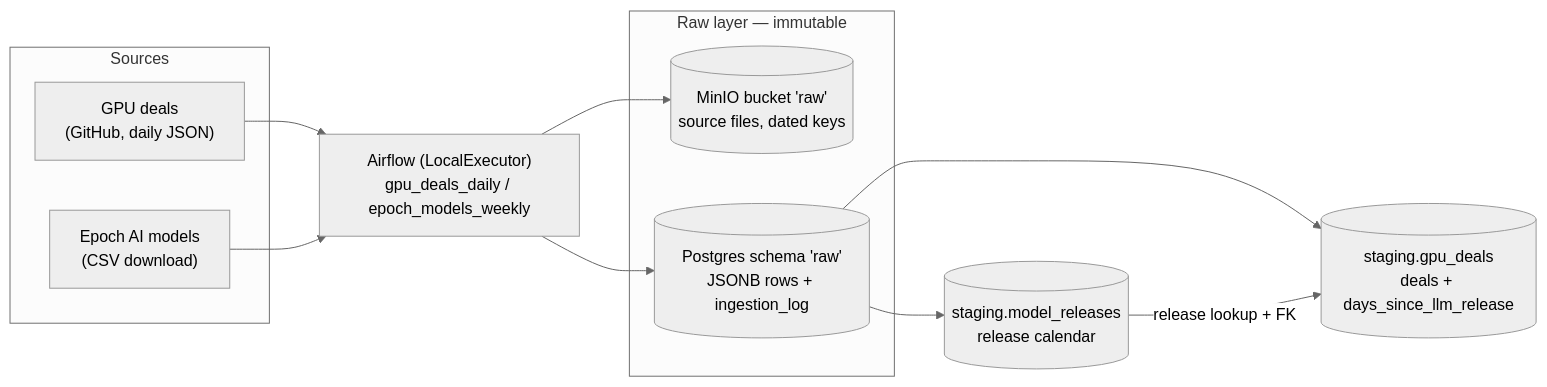
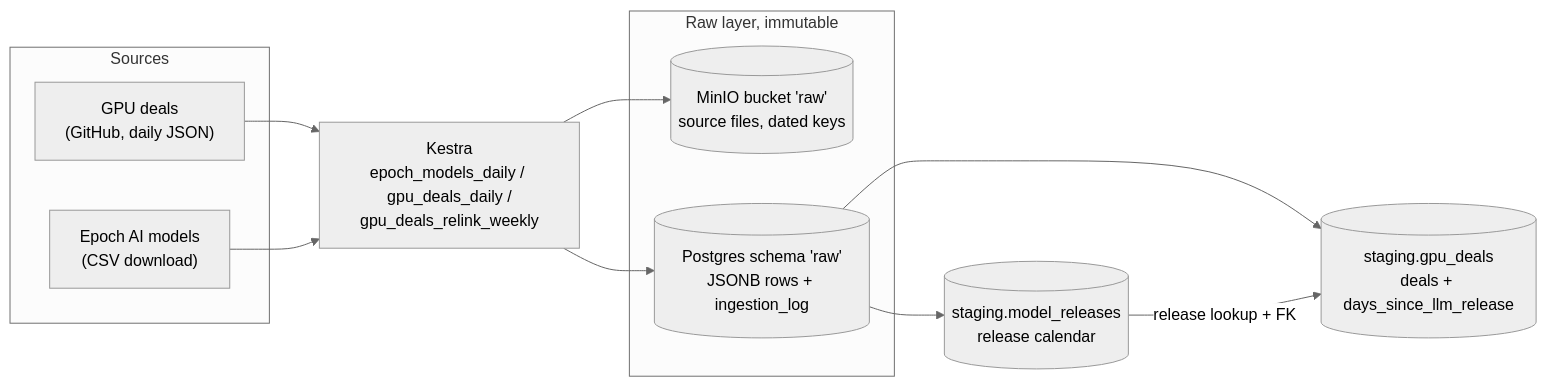
Before and after one commit to SilasSchuler/GPU-Affordability: the diagram in README.md, drawn with Mermaid (neutral theme). The commit also changed other lines of this file and 14 other files, not shown here.

````diff
--- a/README.md
+++ b/README.md
@@ -19,28 +19,26 @@
 ```mermaid
 flowchart LR
     subgraph sources [Sources]
         GH["GPU deals<br/>(GitHub, daily JSON)"]
         EP["Epoch AI models<br/>(CSV download)"]
     end
 
-    AF["Airflow (LocalExecutor)<br/>gpu_deals_daily / epoch_models_weekly"]
+    KE["Kestra<br/>epoch_models_daily / gpu_deals_daily /<br/>gpu_deals_relink_weekly"]
 
-    subgraph raw [Raw layer — immutable]
+    subgraph raw [Raw layer, immutable]
         MINIO[("MinIO bucket 'raw'<br/>source files, dated keys")]
         PGRAW[("Postgres schema 'raw'<br/>JSONB rows + ingestion_log")]
     end
 
     STG[("staging.model_releases<br/>release calendar")]
     STGD[("staging.gpu_deals<br/>deals + days_since_llm_release")]
 
     PGRAW --> STG
     PGRAW --> STGD
     STG -- "release lookup + FK" --> STGD
 
-    GH --> AF
-    EP --> AF
-    AF --> MINIO
-    AF --> PGRAW
-
-
+    GH --> KE
+    EP --> KE
+    KE --> MINIO
+    KE --> PGRAW
 ```
````
